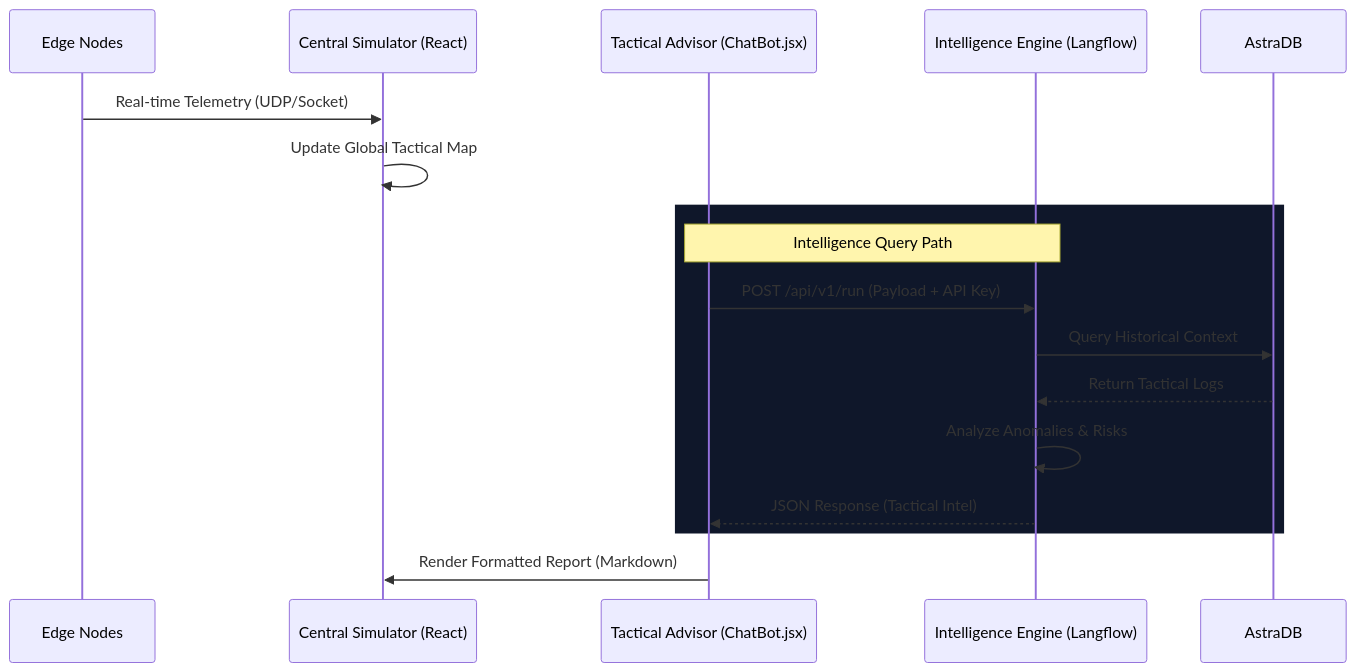
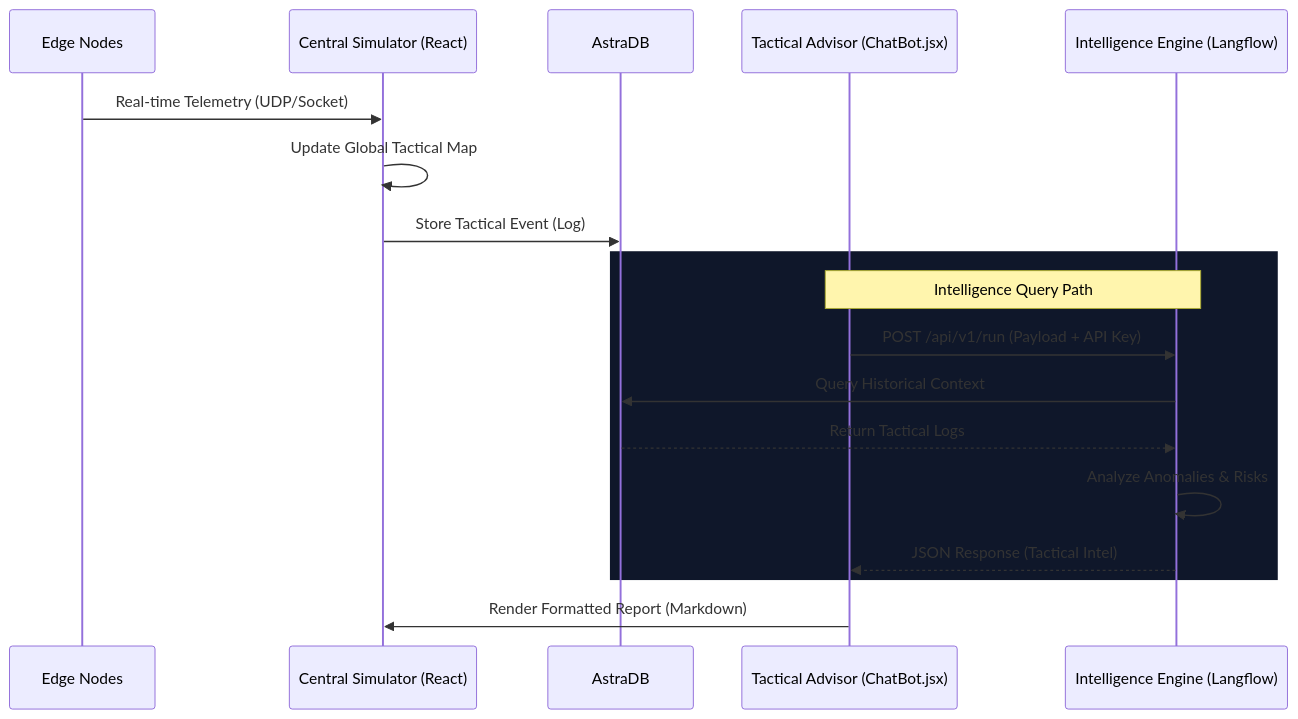
Before and after one commit to dambor/aecc-sim: the second of 2 diagrams in README.md, drawn with Mermaid. The commit also changed other lines of this file, not shown here.

Commit message:
docs: correct AstraDB data flow (Simulator as persistence source)

````diff
--- a/README.md
+++ b/README.md
@@ -42,22 +43,23 @@
 ```mermaid
 sequenceDiagram
     participant Edge as Edge Nodes
     participant Central as Central Simulator (React)
+    participant DB as AstraDB
     participant Agent as Tactical Advisor (ChatBot.jsx)
     participant Intel as Intelligence Engine (Langflow)
-    participant DB as AstraDB
 
     Edge->>Central: Real-time Telemetry (UDP/Socket)
     Central->>Central: Update Global Tactical Map
+    Central->>DB: Store Tactical Event (Log)
     
     rect rgb(15, 23, 42)
         Note over Agent, Intel: Intelligence Query Path
         Agent->>Intel: POST /api/v1/run (Payload + API Key)
         Intel->>DB: Query Historical Context
         DB-->>Intel: Return Tactical Logs
         Intel->>Intel: Analyze Anomalies & Risks
         Intel-->>Agent: JSON Response (Tactical Intel)
     end
 
     Agent->>Central: Render Formatted Report (Markdown)
 ```
````
